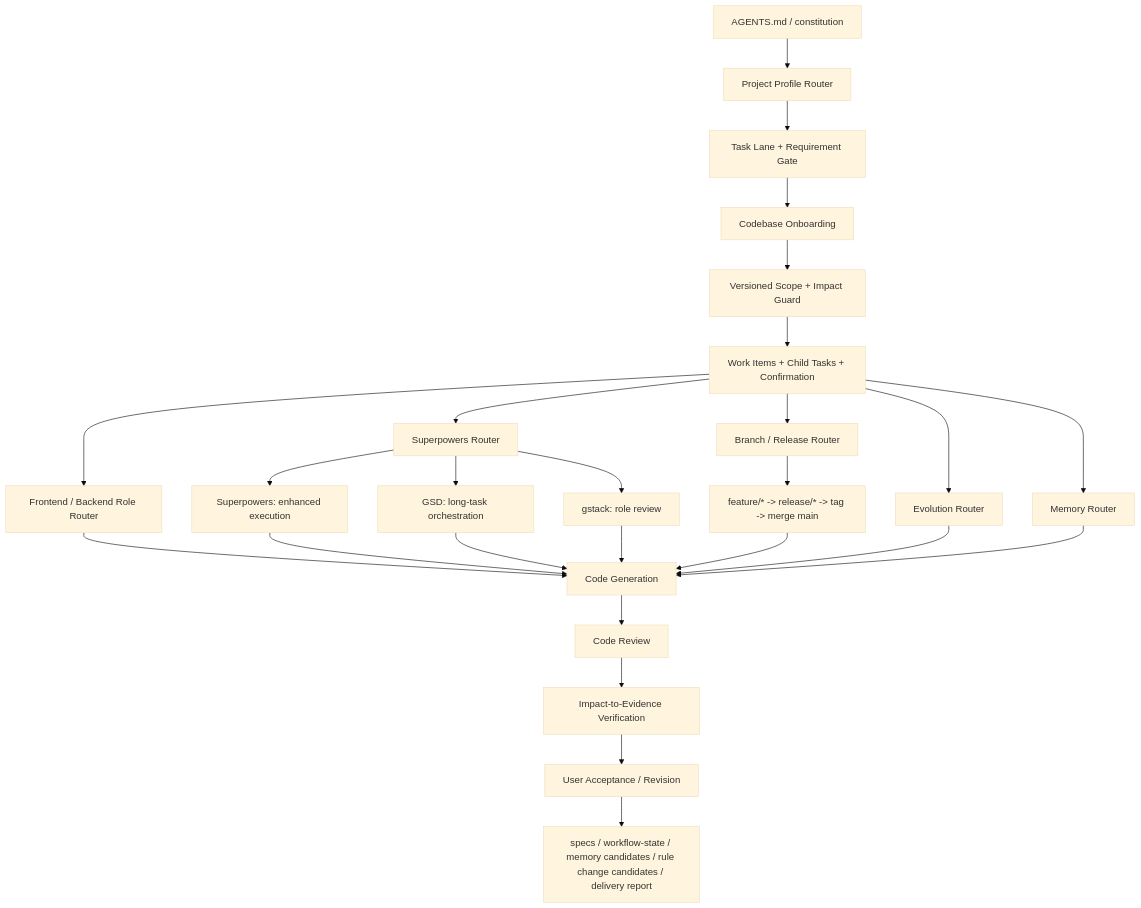
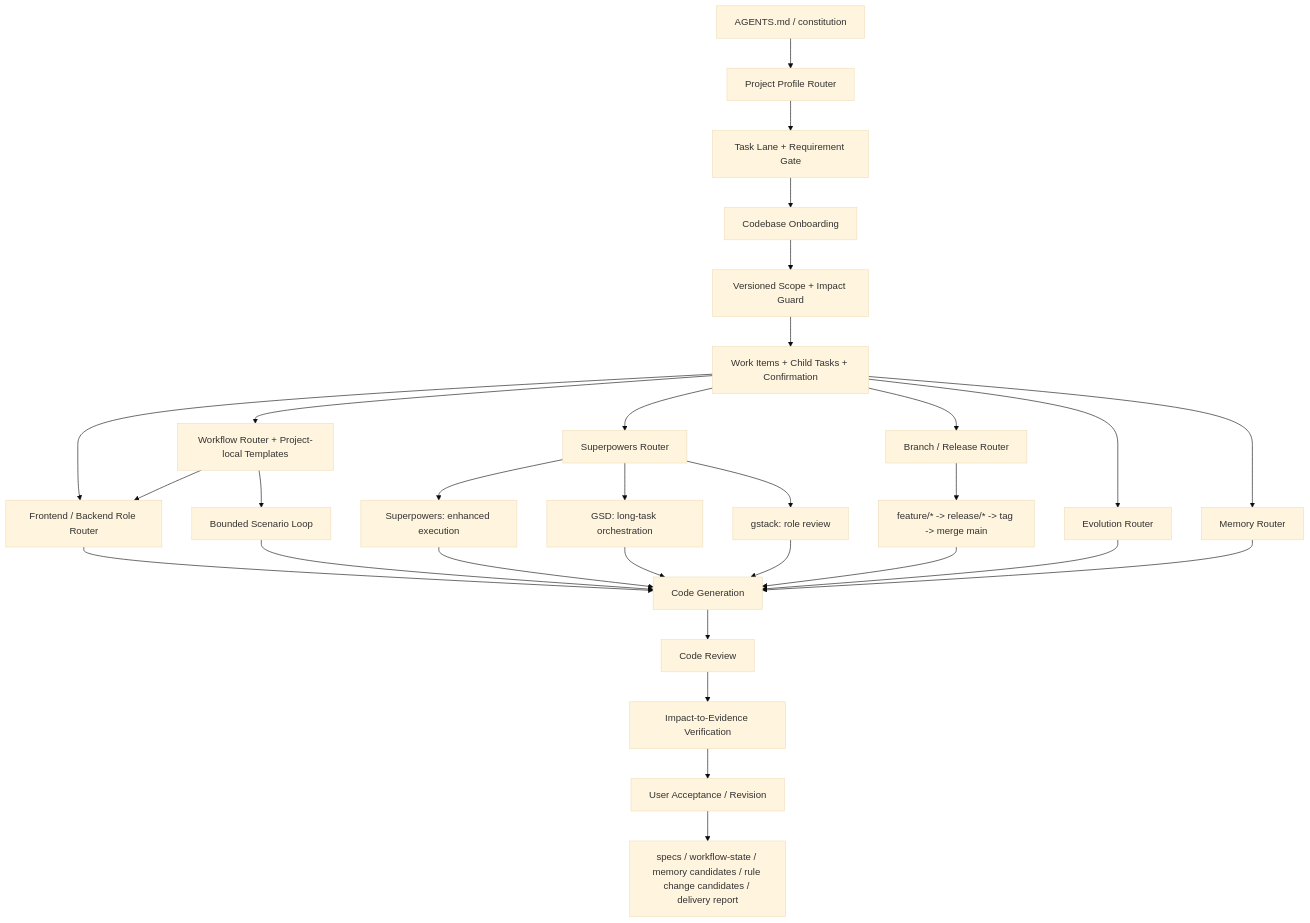
Before and after one commit to iizhan/workflow-skills: the diagram in project-engineering-workflow/assets/template-root/docs/AI协作架构.md, drawn with Mermaid (base theme). The commit also changed other lines of this file and 21 other files, not shown here.

````diff
--- a/project-engineering-workflow/assets/template-root/docs/AI协作架构.md
+++ b/project-engineering-workflow/assets/template-root/docs/AI协作架构.md
@@ -17,28 +17,32 @@
 ```mermaid
 flowchart TD
   A["AGENTS.md / constitution"] --> P0["Project Profile Router"]
   P0 --> B["Task Lane + Requirement Gate"]
   B --> C["Codebase Onboarding"]
   C --> D["Versioned Scope + Impact Guard"]
   D --> E["Work Items + Child Tasks + Confirmation"]
+  E --> W["Workflow Router + Project-local Templates"]
   E --> T["Frontend / Backend Role Router"]
   E --> F["Superpowers Router"]
   E --> P["Branch / Release Router"]
   E --> Q["Evolution Router"]
   F --> G["Superpowers: enhanced execution"]
   F --> H["GSD: long-task orchestration"]
   F --> I["gstack: role review"]
   E --> R["Memory Router"]
   P --> S["feature/* -> release/* -> tag -> merge main"]
   T --> J["Code Generation"]
+  W --> T
+  W --> O["Bounded Scenario Loop"]
+  O --> J
   G --> J
   H --> J
   I --> J
   S --> J
   Q --> J
   R --> J
   J --> K["Code Review"]
   K --> L["Impact-to-Evidence Verification"]
   L --> N["User Acceptance / Revision"]
   N --> M["specs / workflow-state / memory candidates / rule change candidates / delivery report"]
 ```
````
